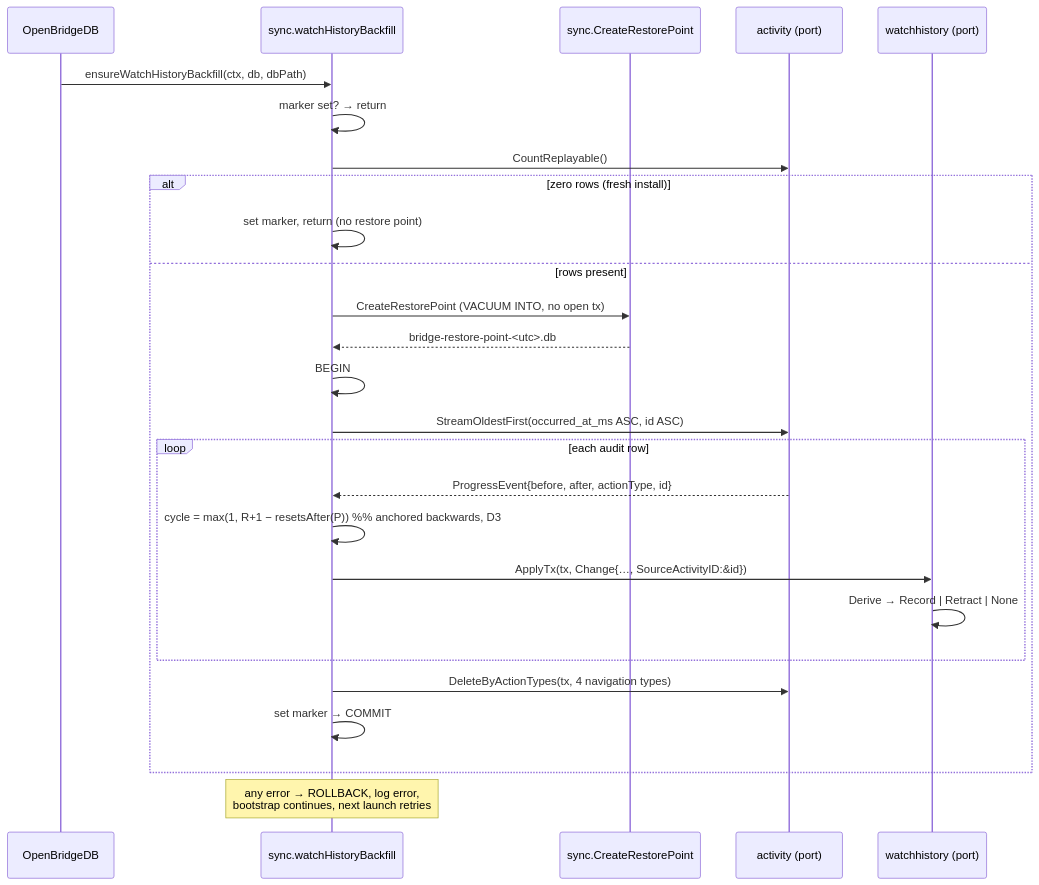
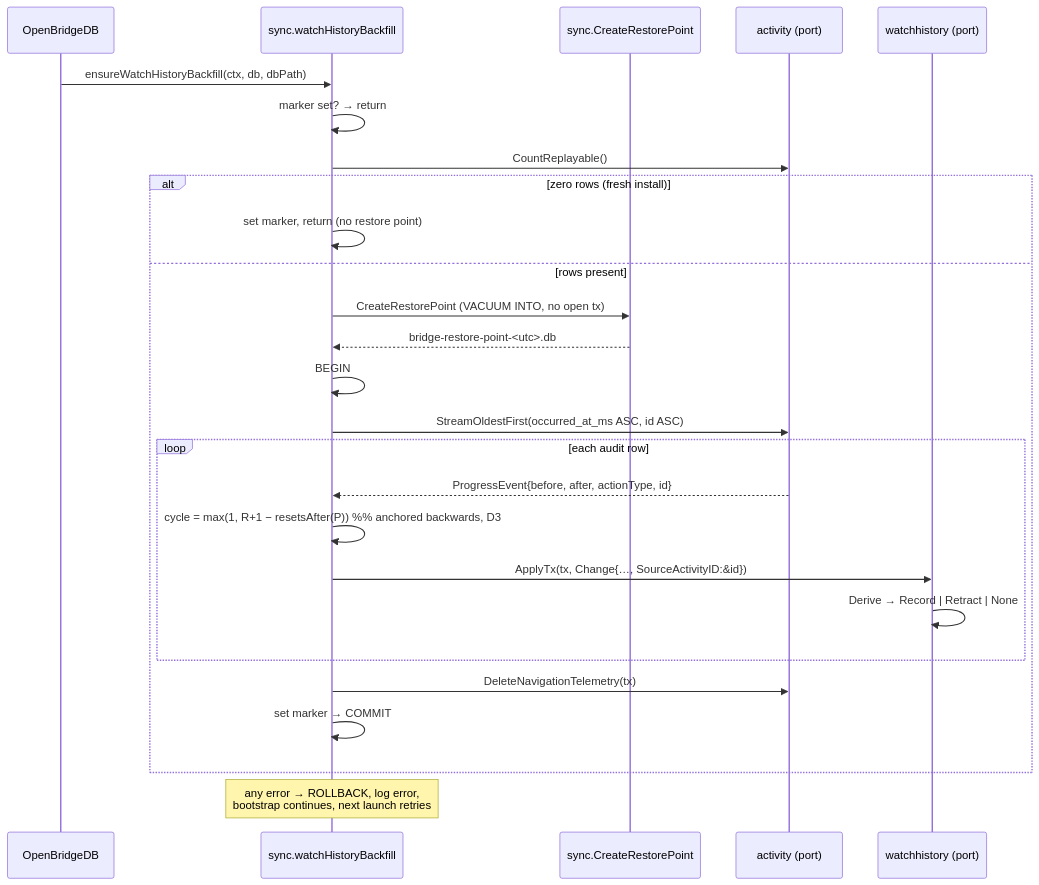
Before and after one commit to Disble/autoreas-bridge: the third of 3 diagrams in openspec/changes/2026-09-12-sdd-69-real-watch-history/design.md, drawn with Mermaid. The commit also changed other lines of this file and 6 other files, not shown here.

````diff
--- a/openspec/changes/2026-09-12-sdd-69-real-watch-history/design.md
+++ b/openspec/changes/2026-09-12-sdd-69-real-watch-history/design.md
@@ -538,29 +538,29 @@
 ```mermaid
 sequenceDiagram
     participant B as OpenBridgeDB
     participant M as sync.watchHistoryBackfill
     participant RP as sync.CreateRestorePoint
     participant AL as activity (port)
     participant WH as watchhistory (port)
 
     B->>M: ensureWatchHistoryBackfill(ctx, db, dbPath)
     M->>M: marker set? → return
     M->>AL: CountReplayable()
     alt zero rows (fresh install)
         M->>M: set marker, return (no restore point)
     else rows present
         M->>RP: CreateRestorePoint (VACUUM INTO, no open tx)
         RP-->>M: bridge-restore-point-<utc>.db
         M->>M: BEGIN
         M->>AL: StreamOldestFirst(occurred_at_ms ASC, id ASC)
         loop each audit row
             AL-->>M: ProgressEvent{before, after, actionType, id}
             M->>M: cycle = max(1, R+1 − resetsAfter(P))  %% anchored backwards, D3
             M->>WH: ApplyTx(tx, Change{…, SourceActivityID:&id})
             WH->>WH: Derive → Record | Retract | None
         end
-        M->>AL: DeleteByActionTypes(tx, 4 navigation types)
+        M->>AL: DeleteNavigationTelemetry(tx)
         M->>M: set marker → COMMIT
     end
     Note over M: any error → ROLLBACK, log error,<br/>bootstrap continues, next launch retries
 ```
````
